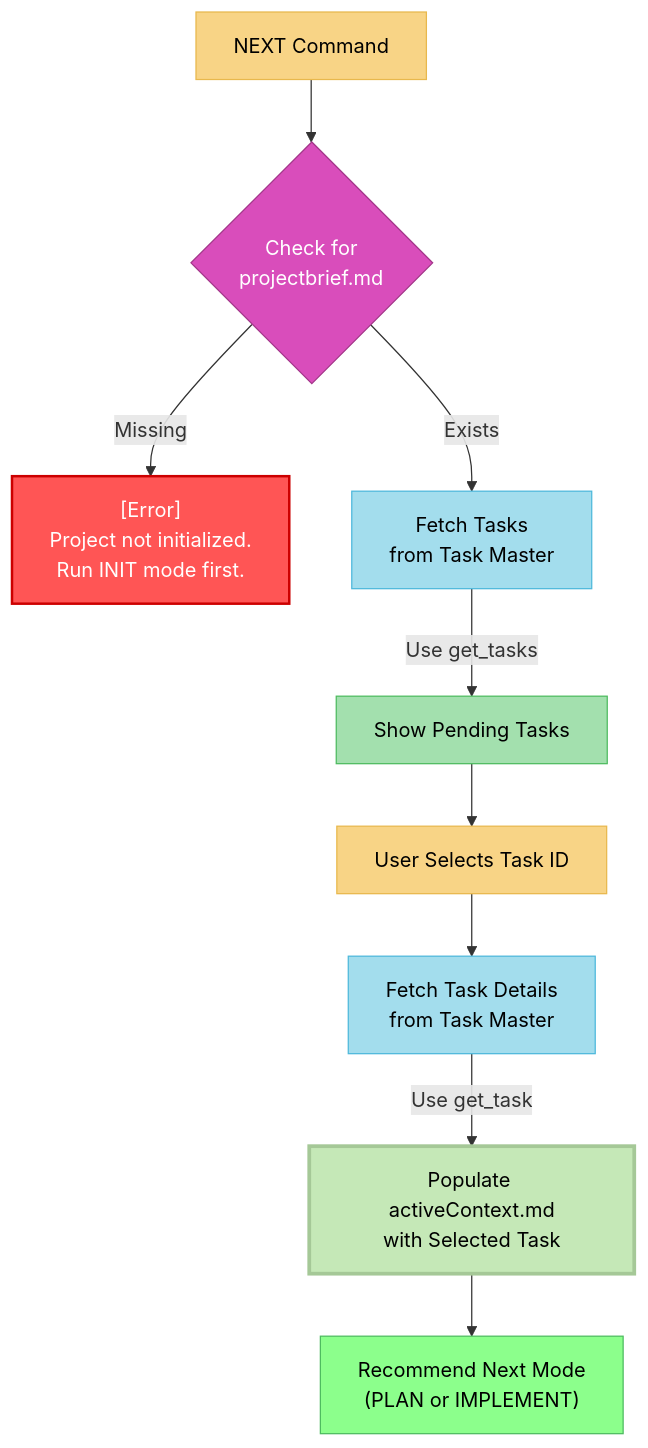
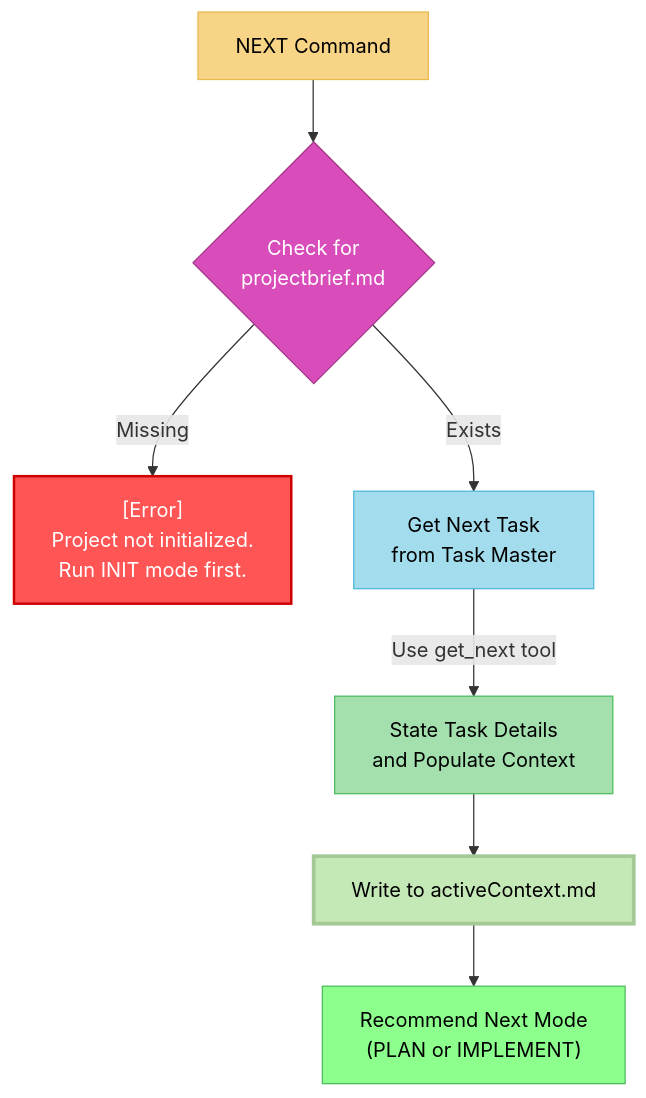
The diagram in custom_modes/next_instructions.md (An3Dev/memory-bank), drawn with Mermaid before and after one commit. The commit also changed other lines of this file and 1 other file, not shown here.

````diff
--- a/custom_modes/next_instructions.md
+++ b/custom_modes/next_instructions.md
@@ -5,26 +5,22 @@
 ```mermaid
 graph TD
     Start["NEXT Command"] --> CheckInit{"Check for<br>projectbrief.md"}
 
     CheckInit --> |"Missing"| Error["[Error]<br>Project not initialized.<br>Run INIT mode first."]
-    CheckInit --> |"Exists"| FetchTasks["Fetch Tasks<br>from Task Master"]
+    CheckInit --> |"Exists"| GetNextTask["Get Next Task<br>from Task Master"]
     
-    FetchTasks --> |"Use get_tasks"| TaskList["Show Pending Tasks"]
-    TaskList --> UserSelects["User Selects Task ID"]
+    GetNextTask --> |"Use get_next tool"| ShowTask["State Task Details<br>and Populate Context"]
     
-    UserSelects --> FetchDetails["Fetch Task Details<br>from Task Master"]
-    FetchDetails --> |"Use get_task"| PopulateActiveContext["Populate activeContext.md<br>with Selected Task"]
+    ShowTask --> PopulateActiveContext["Write to activeContext.md"]
     
     PopulateActiveContext --> RecommendNext["Recommend Next Mode<br>(PLAN or IMPLEMENT)"]
     
     %% Styling
     style Start fill:#f8d486,stroke:#e8b84d,color:black
     style CheckInit fill:#d94dbb,stroke:#a3378a,color:white
     style Error fill:#ff5555,stroke:#cc0000,color:white,stroke-width:2px
-    style FetchTasks fill:#a3dded,stroke:#4db8db,color:black
-    style TaskList fill:#a3e0ae,stroke:#4dbb5f,color:black
-    style UserSelects fill:#f8d486,stroke:#e8b84d,color:black
-    style FetchDetails fill:#a3dded,stroke:#4db8db,color:black
+    style GetNextTask fill:#a3dded,stroke:#4db8db,color:black
+    style ShowTask fill:#a3e0ae,stroke:#4dbb5f,color:black
     style PopulateActiveContext fill:#c5e8b7,stroke:#a5c897,stroke-width:3px,color:black
     style RecommendNext fill:#8cff8c,stroke:#4dbb5f,color:black
 ```
````
